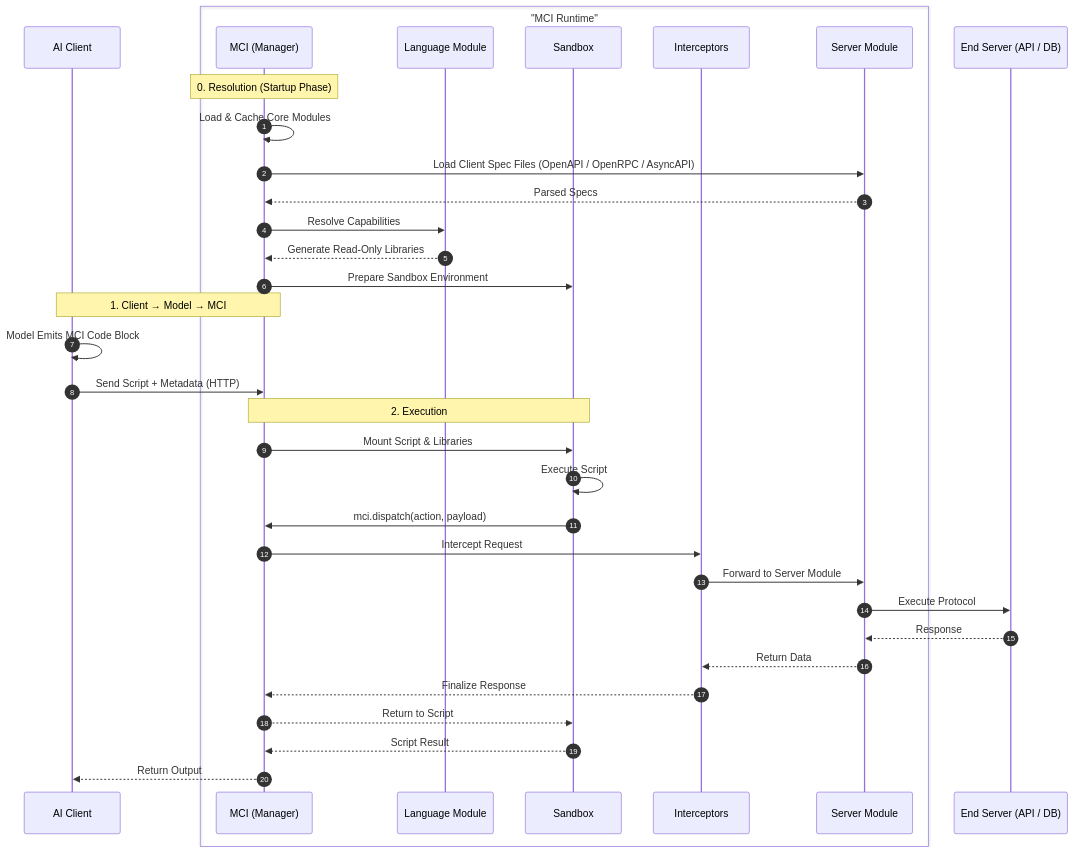
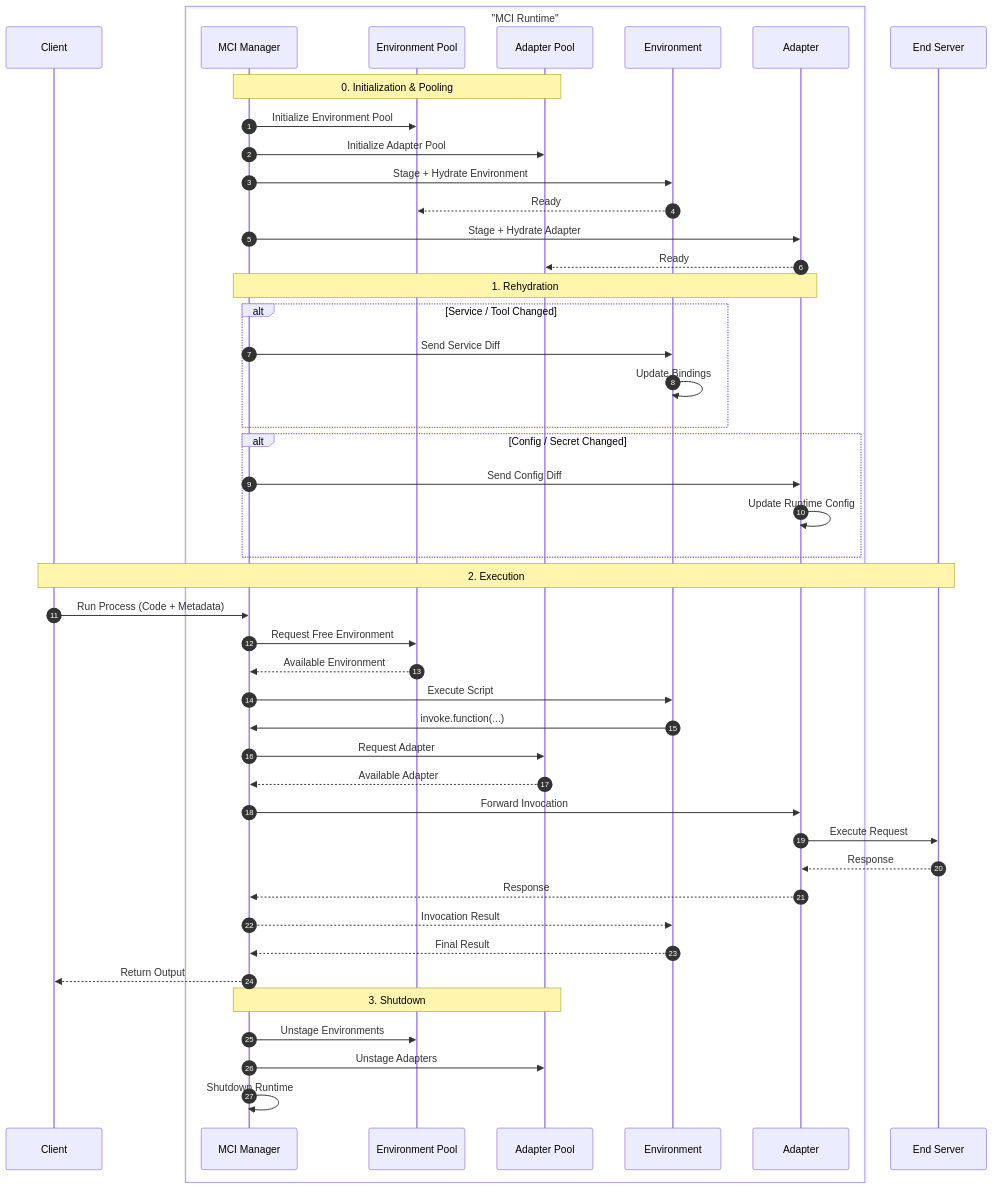
One commit to actelos/actelos.github.io changed the second of 2 diagrams in docs/mci/docs/architecture.mdx. Above: the diagram before and after it, drawn with Mermaid. The commit also changed other lines of this file and 11 other files, not shown here.

First line of the commit message:
Refactor MCI docs, introduce core concepts, and streamline content

````diff
--- a/docs/mci/docs/architecture.mdx
+++ b/docs/mci/docs/architecture.mdx
@@ -120,49 +86,78 @@
 ```mermaid
 sequenceDiagram
     autonumber
 
-    participant A as AI Client
+    participant C as Client
 
     box "MCI Runtime"
-        participant M as MCI (Manager)
-        participant L as Language Module
-        participant S as Sandbox
-        participant I as Interceptors
-        participant SM as Server Module
+        participant M as MCI Manager
+        participant EP as Environment Pool
+        participant AP as Adapter Pool
+        participant E as Environment
+        participant A as Adapter
     end
 
-    participant E as End Server (API / DB)
+    participant S as End Server
 
-    %% 0. Resolution Phase
-    Note over M: 0. Resolution (Startup Phase)
-    M->>M: Load & Cache Core Modules
-    M->>SM: Load Client Spec Files (OpenAPI / OpenRPC / AsyncAPI)
-    SM-->>M: Parsed Specs
-    M->>L: Resolve Capabilities
-    L-->>M: Generate Read-Only Libraries
-    M->>S: Prepare Sandbox Environment
+    %% Initialization
 
-    %% 1. Client Interaction
-    Note over A,M: 1. Client → Model → MCI
-    A->>A: Model Emits MCI Code Block
-    A->>M: Send Script + Metadata (HTTP)
+    Note over M,AP: 0. Initialization & Pooling
 
-    %% 2. Execution Phase
-    Note over M,S: 2. Execution
-    M->>S: Mount Script & Libraries
-    S->>S: Execute Script
+    M->>EP: Initialize Environment Pool
+    M->>AP: Initialize Adapter Pool
 
-    %% Dispatch Flow
-    S->>M: mci.dispatch(action, payload)
-    M->>I: Intercept Request
-    I->>SM: Forward to Server Module
-    SM->>E: Execute Protocol
-    E-->>SM: Response
-    SM-->>I: Return Data
-    I-->>M: Finalize Response
-    M-->>S: Return to Script
+    M->>E: Stage + Hydrate Environment
+    E-->>EP: Ready
 
-    %% Completion
-    S-->>M: Script Result
-    M-->>A: Return Output
+    M->>A: Stage + Hydrate Adapter
+    A-->>AP: Ready
+
+    %% Rehydration
+
+    Note over M,A: 1. Rehydration
+
+    alt Service / Tool Changed
+        M->>E: Send Service Diff
+        E->>E: Update Bindings
+    end
+
+    alt Config / Secret Changed
+        M->>A: Send Config Diff
+        A->>A: Update Runtime Config
+    end
+
+    %% Execution
+
+    Note over C,S: 2. Execution
+
+    C->>M: Run Process (Code + Metadata)
+
+    M->>EP: Request Free Environment
+    EP-->>M: Available Environment
+
+    M->>E: Execute Script
+
+    E->>M: invoke.function(...)
+
+    M->>AP: Request Adapter
+    AP-->>M: Available Adapter
+
+    M->>A: Forward Invocation
+    A->>S: Execute Request
+
+    S-->>A: Response
+    A-->>M: Response
+    M-->>E: Invocation Result
+
+    E-->>M: Final Result
+    M-->>C: Return Output
+
+    %% Shutdown
+
+    Note over M,AP: 3. Shutdown
+
+    M->>EP: Unstage Environments
+    M->>AP: Unstage Adapters
+
+    M->>M: Shutdown Runtime
 ```
````
